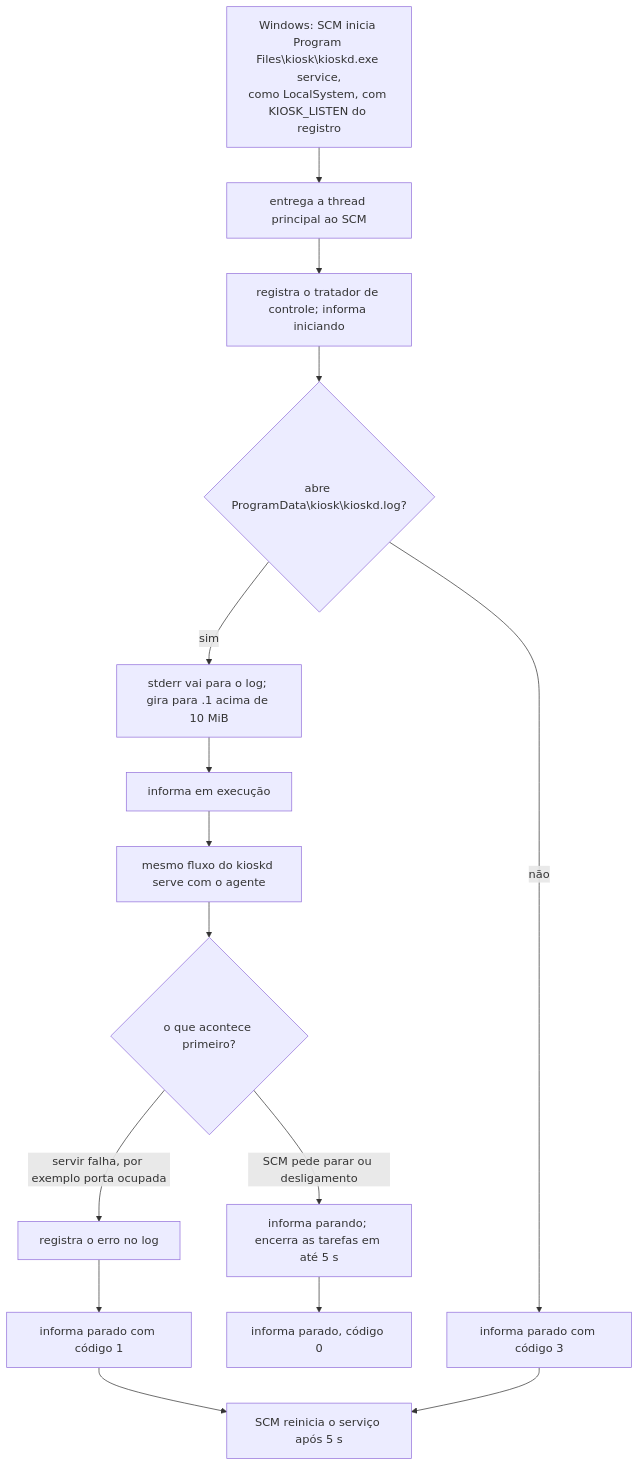
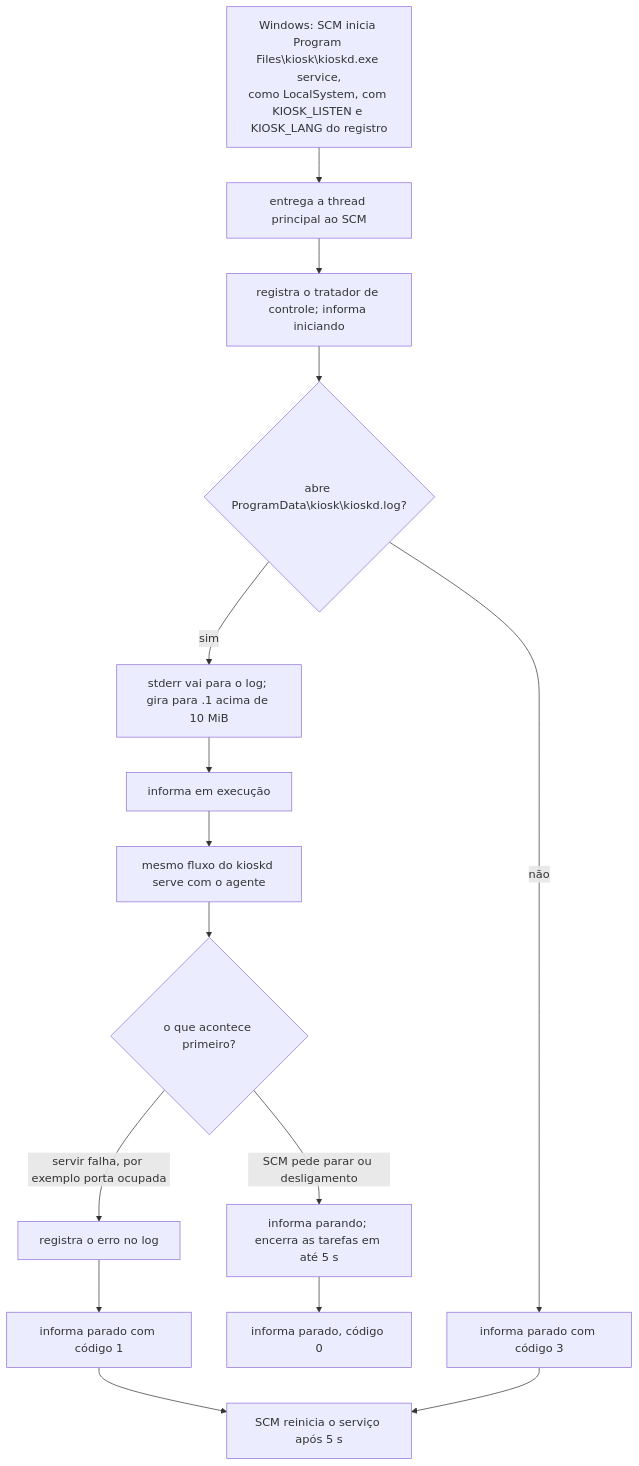
Diagram 21 of 28 in docs/architecture/fluxos-dos-comandos.md (jefersonlop3s/kiosk-engine), drawn with Mermaid before and after one commit. The commit also changed other lines of this file and 35 other files, not shown here.

````diff
--- a/docs/architecture/fluxos-dos-comandos.md
+++ b/docs/architecture/fluxos-dos-comandos.md
@@ -325,17 +325,17 @@
 ```mermaid
 flowchart TD
-    W["Windows: SCM inicia Program Files\kiosk\kioskd.exe service,<br/>como LocalSystem, com KIOSK_LISTEN do registro"] --> A["entrega a thread principal ao SCM"]
+    W["Windows: SCM inicia Program Files\kiosk\kioskd.exe service,<br/>como LocalSystem, com KIOSK_LISTEN e KIOSK_LANG do registro"] --> A["entrega a thread principal ao SCM"]
     A --> B["registra o tratador de controle; informa iniciando"]
     B --> C{"abre ProgramData\kiosk\kioskd.log?"}
     C -->|não| E1["informa parado com código 3"]
     C -->|sim| D["stderr vai para o log; gira para .1 acima de 10 MiB"]
     D --> F["informa em execução"]
     F --> G["mesmo fluxo do kioskd serve com o agente"]
     G --> H{"o que acontece primeiro?"}
     H -->|"SCM pede parar ou desligamento"| I["informa parando; encerra as tarefas em até 5 s"]
     H -->|"servir falha, por exemplo porta ocupada"| J["registra o erro no log"]
     I --> K["informa parado, código 0"]
     J --> L["informa parado com código 1"]
     L --> M["SCM reinicia o serviço após 5 s"]
     E1 --> M
 ```
````
